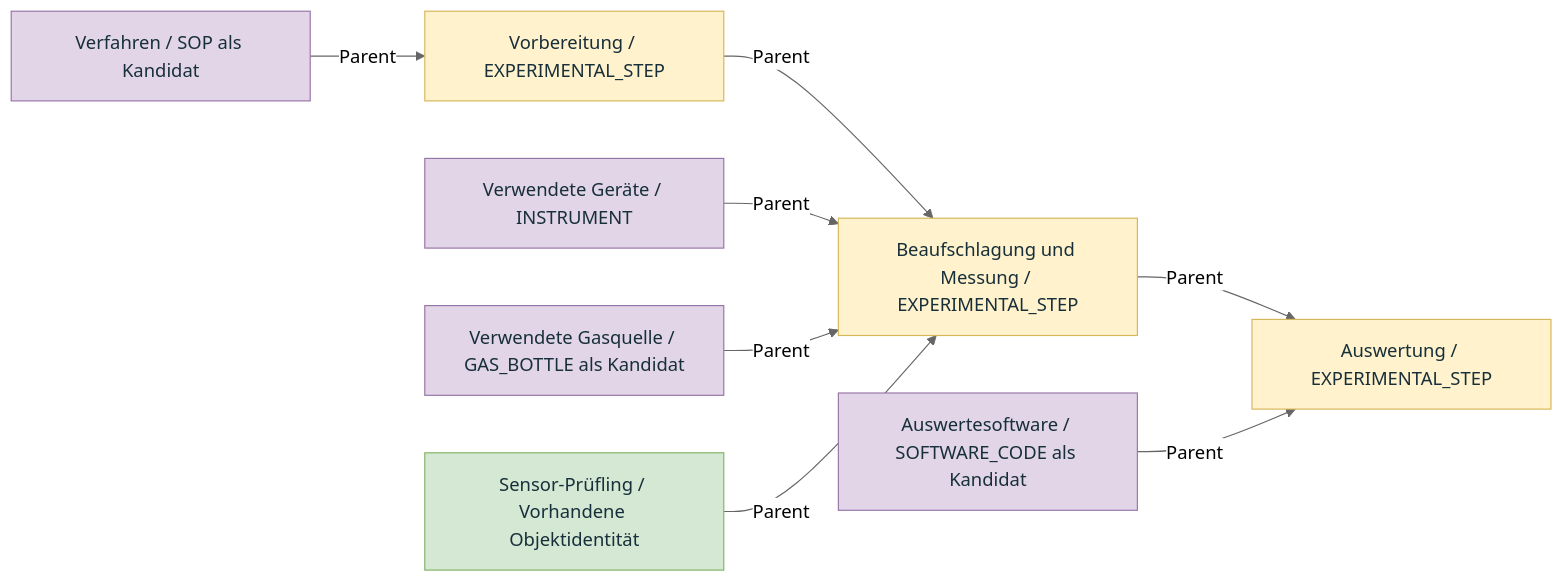
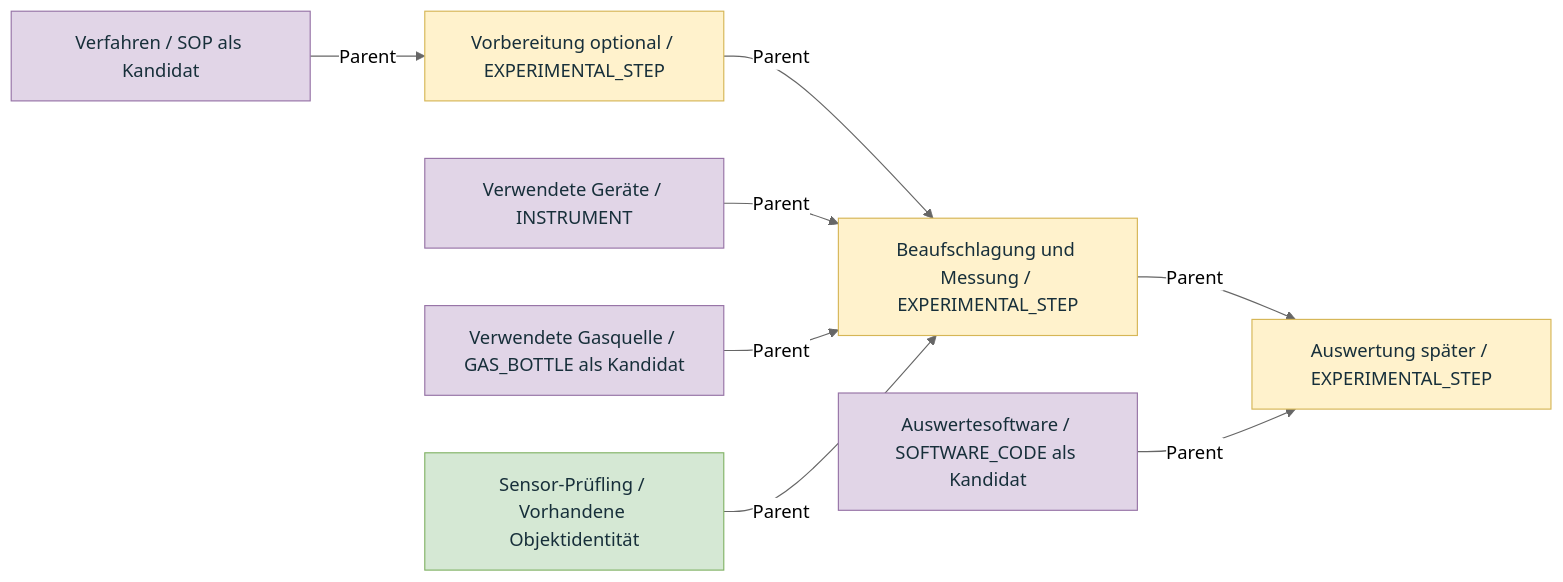
The fourth of 4 diagrams in docs/GaSi_Konzeptmodell.md (pneumann1980/gasi-openbis), drawn with Mermaid (neutral theme) before and after one commit. The commit also changed other lines of this file and 27 other files, not shown here.

````diff
--- a/docs/GaSi_Konzeptmodell.md
+++ b/docs/GaSi_Konzeptmodell.md
@@ -269,17 +280,18 @@
 ```mermaid
 flowchart LR
     %% gasi-view: relations
-    Q[Verfahren / SOP als Kandidat] -->|Parent| P[Vorbereitung / EXPERIMENTAL_STEP]
+    %% gasi-optional: P,E
+    Q[Verfahren / SOP als Kandidat] -->|Parent| P[Vorbereitung optional / EXPERIMENTAL_STEP]
     P -->|Parent| M[Beaufschlagung und Messung / EXPERIMENTAL_STEP]
-    M -->|Parent| E[Auswertung / EXPERIMENTAL_STEP]
+    M -->|Parent| E[Auswertung später / EXPERIMENTAL_STEP]
     I[Verwendete Geräte / INSTRUMENT] -->|Parent| M
     G[Verwendete Gasquelle / GAS_BOTTLE als Kandidat] -->|Parent| M
     D[Sensor-Prüfling / Vorhandene Objektidentität] -->|Parent| M
     W[Auswertesoftware / SOFTWARE_CODE als Kandidat] -->|Parent| E
     classDef activity fill:#fff2cc,stroke:#d6b656,color:#172f3a
     classDef sample fill:#d5e8d4,stroke:#82b366,color:#172f3a
     classDef resource fill:#e1d5e7,stroke:#9673a6,color:#172f3a
     class P,M,E activity
     class D sample
     class Q,I,G,W resource
 ```
````
